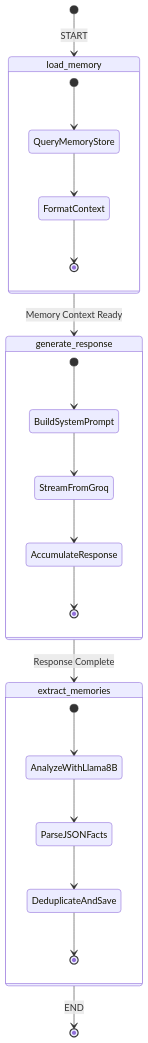
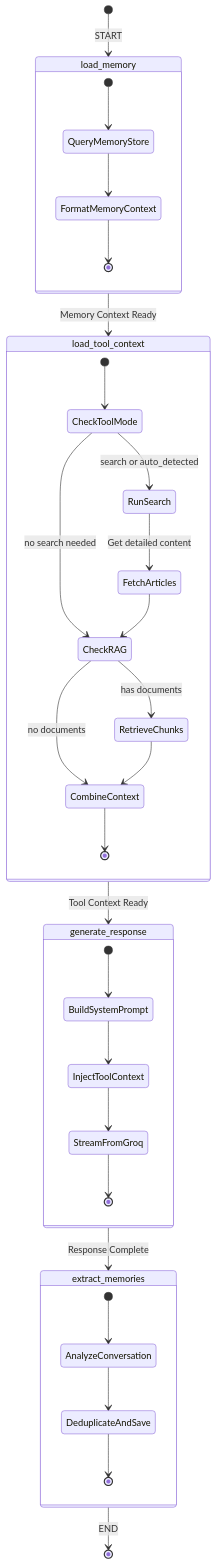
Before and after one commit to Aafimalek/t3_chat: the third of 8 diagrams in README.md, drawn with Mermaid. The commit also changed other lines of this file, not shown here.

````diff
--- a/README.md
+++ b/README.md
@@ -196,27 +272,39 @@
 ```mermaid
 stateDiagram-v2
     [*] --> load_memory: START
-    load_memory --> generate_response: Memory Context Ready
+    load_memory --> load_tool_context: Memory Context Ready
+    load_tool_context --> generate_response: Tool Context Ready
     generate_response --> extract_memories: Response Complete
     extract_memories --> [*]: END
 
     state load_memory {
         [*] --> QueryMemoryStore
-        QueryMemoryStore --> FormatContext
-        FormatContext --> [*]
+        QueryMemoryStore --> FormatMemoryContext
+        FormatMemoryContext --> [*]
+    }
+
+    state load_tool_context {
+        [*] --> CheckToolMode
+        CheckToolMode --> RunSearch: search or auto_detected
+        CheckToolMode --> CheckRAG: no search needed
+        RunSearch --> FetchArticles: Get detailed content
+        FetchArticles --> CheckRAG
+        CheckRAG --> RetrieveChunks: has documents
+        CheckRAG --> CombineContext: no documents
+        RetrieveChunks --> CombineContext
+        CombineContext --> [*]
     }
 
     state generate_response {
         [*] --> BuildSystemPrompt
-        BuildSystemPrompt --> StreamFromGroq
-        StreamFromGroq --> AccumulateResponse
-        AccumulateResponse --> [*]
+        BuildSystemPrompt --> InjectToolContext
+        InjectToolContext --> StreamFromGroq
+        StreamFromGroq --> [*]
     }
 
     state extract_memories {
-        [*] --> AnalyzeWithLlama8B
-        AnalyzeWithLlama8B --> ParseJSONFacts
-        ParseJSONFacts --> DeduplicateAndSave
+        [*] --> AnalyzeConversation
+        AnalyzeConversation --> DeduplicateAndSave
         DeduplicateAndSave --> [*]
     }
 ```
````
